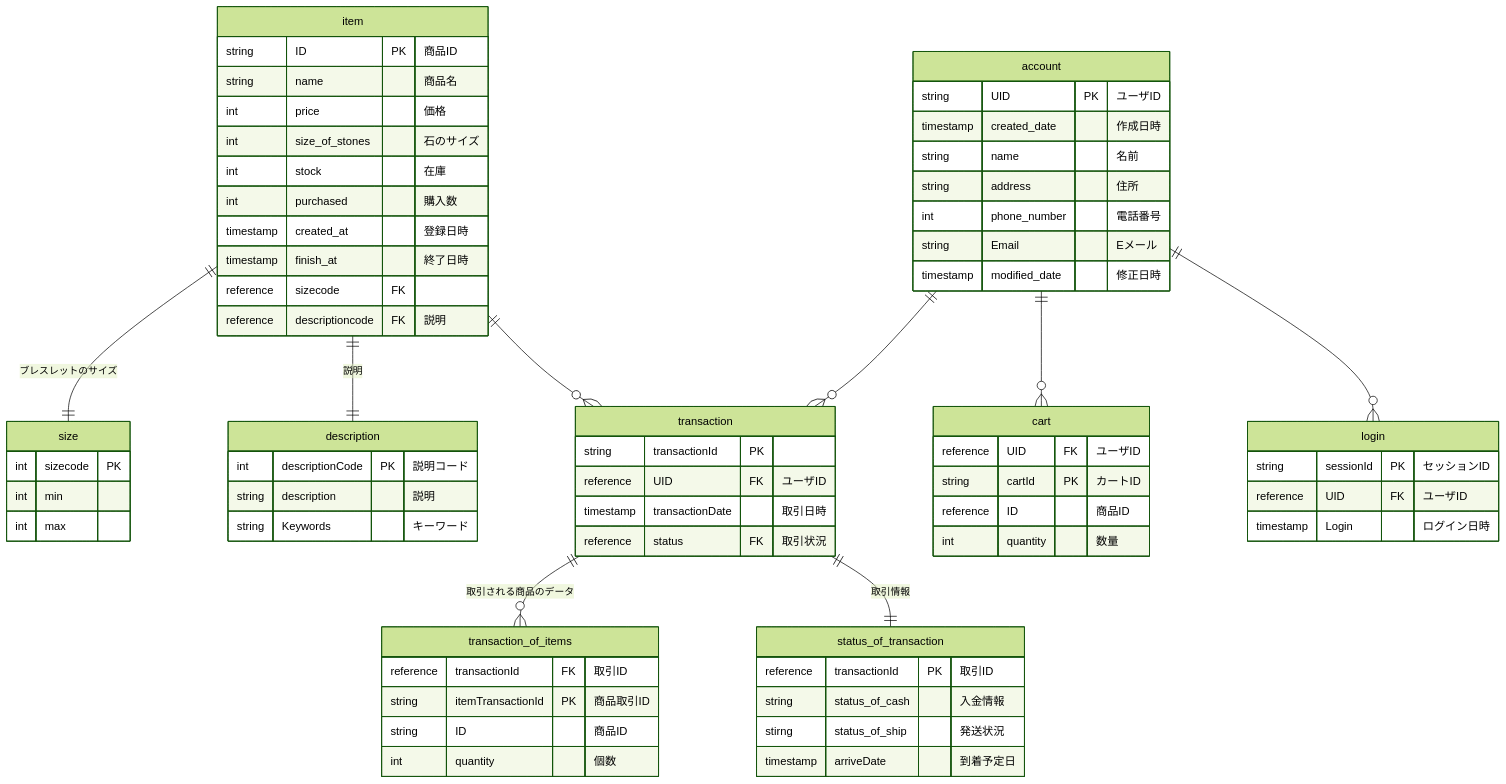
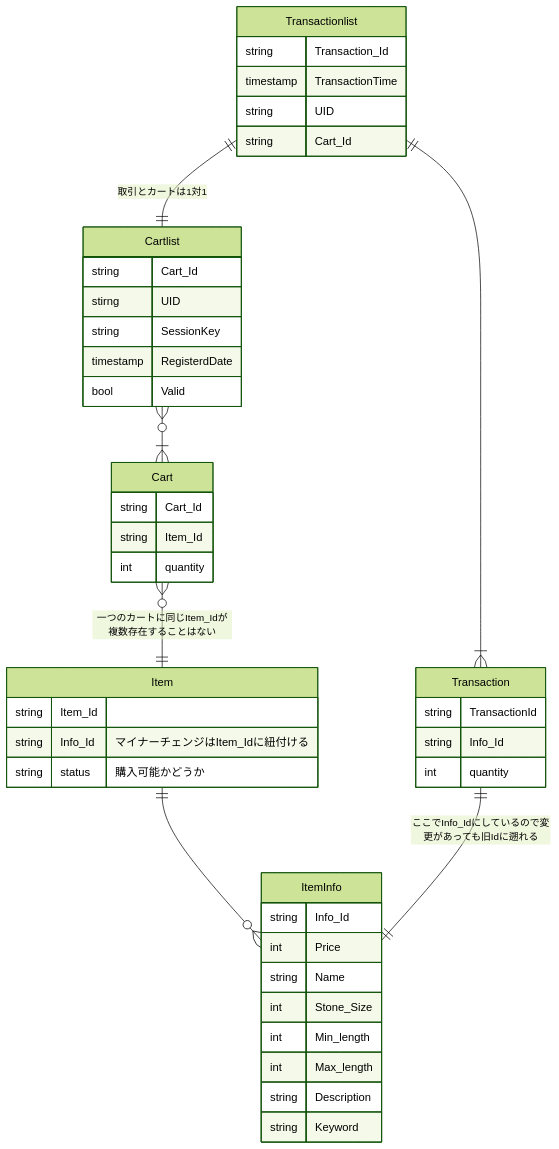
The diagram in README.md (WhatACotton/CharisWorks-BackEnd), drawn with Mermaid (forest theme) before and after one commit. The commit also changed other lines of this file, not shown here.

Commit message:
データ構造の定義

````diff
--- a/README.md
+++ b/README.md
@@ -8,74 +18,51 @@
 ```mermaid
-erDiagram 
+erDiagram
+Transactionlist ||--||Cartlist:"取引とカートは1対1"
+Transactionlist ||--|{Transaction:""
+Cartlist}o--|{Cart:""
+Cart}o--||Item:"一つのカートに同じItem_Idが複数存在することはない"
+Item||--o{ItemInfo:""
+Transaction||--||ItemInfo:"ここでInfo_Idにしているので変更があっても旧Idに遡れる"
 
-item ||--|| size:"ブレスレットのサイズ"
-item ||--|| description:"説明"
-transaction ||--o{ transaction_of_items:"取引される商品のデータ"
-item ||--o{ transaction:""
-transaction||--||status_of_transaction:"取引情報"
-account ||--o{transaction:""
-account ||--o{cart:""
-account ||--o{login:""
+Transactionlist{
+ string Transaction_Id
+ timestamp TransactionTime
+ string UID
+ string Cart_Id
+}
+Transaction{
+ string TransactionId
+ string Info_Id
+ int quantity
+}
 
-item{
-	string ID PK "商品ID"
-	string name "商品名"
-	int price "価格"
-	int size_of_stones"石のサイズ"
-	int stock "在庫"
-	int purchased "購入数"
-	timestamp created_at"登録日時"
-	timestamp finish_at "終了日時"
-	reference sizecode FK 
-	reference descriptioncode FK "説明"
+Cartlist{
+ string Cart_Id
+ stirng UID
+ string SessionKey
+ timestamp RegisterdDate
+ bool Valid
 }
-size{
-	int sizecode PK
-	int min
-	int max
+
+Cart{
+ string Cart_Id
+ string Item_Id
+ int quantity
 }
-description{
-	int descriptionCode PK "説明コード"
-	string description "説明"
-	string Keywords "キーワード"
+
+Item{
+ string Item_Id
+ string Info_Id "マイナーチェンジはItem_Idに紐付ける"
+ string status "購入可能かどうか"
 }
-transaction{
-	string transactionId PK
-	reference UID FK "ユーザID"
-	timestamp transactionDate "取引日時"
-	reference status FK "取引状況"
-}
-transaction_of_items{
-	reference transactionId FK "取引ID"
-	string itemTransactionId PK "商品取引ID"
-  string ID "商品ID"
-	int quantity "個数"
-}
-status_of_transaction{
-	reference transactionId PK "取引ID"
-	string status_of_cash "入金情報"
-	stirng status_of_ship "発送状況"
-	timestamp arriveDate "到着予定日"
-}
-account{
-  string UID PK "ユーザID"
-  timestamp created_date "作成日時"
-  string name "名前"
-  string address "住所"
-  int phone_number "電話番号"
-  string Email "Eメール"
-  timestamp modified_date "修正日時"
-}
-cart{
-  reference UID FK "ユーザID"
-  string cartId PK "カートID"
-  reference ID "商品ID"
-  int quantity "数量"
-}
-login{
-  string sessionId PK "セッションID"
-  reference UID FK "ユーザID"
-  timestamp Login "ログイン日時"
-
+ItemInfo{
+ string Info_Id
+ int Price
+ string Name
+ int Stone_Size
+ int Min_length
+ int Max_length
+ string Description
+ string Keyword
 }
 ```
````
